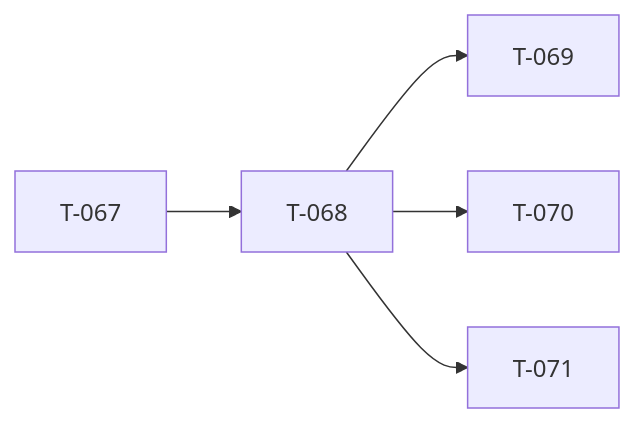
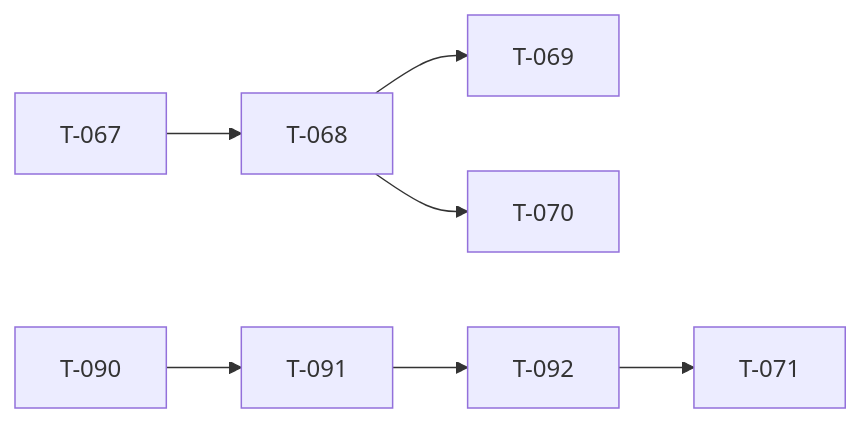
One commit to darkforce09/TBD-reforger changed the diagram in docs/TICKET_LEAD.md. Above: the diagram before and after it, drawn with Mermaid. The commit also changed other lines of this file and 52 other files, not shown here.

````diff
--- a/docs/TICKET_LEAD.md
+++ b/docs/TICKET_LEAD.md
@@ -28,7 +31,9 @@
 ```mermaid
 flowchart LR
   T067[T-067] --> T068[T-068]
   T068[T-068] --> T069[T-069]
   T068[T-068] --> T070[T-070]
-  T068[T-068] --> T071[T-071]
+  T092[T-092] --> T071[T-071]
+  T090[T-090] --> T091[T-091]
+  T091[T-091] --> T092[T-092]
 ```
````
